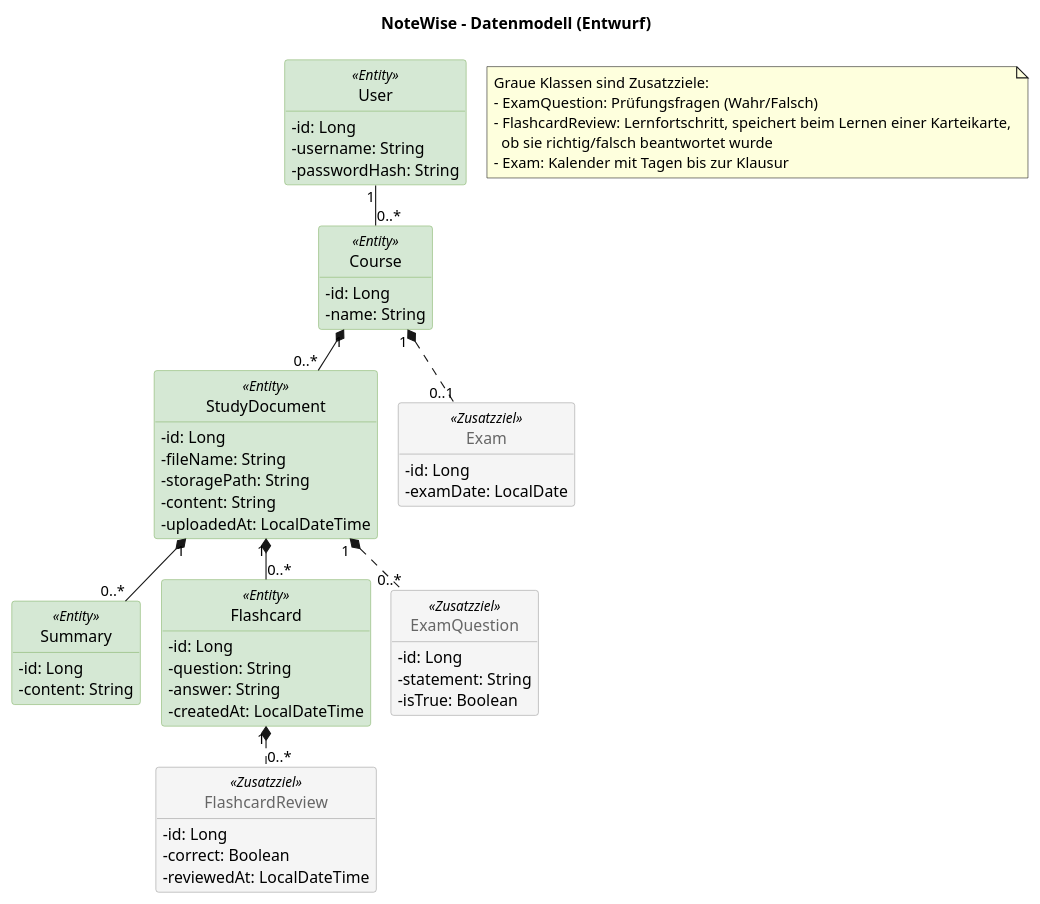
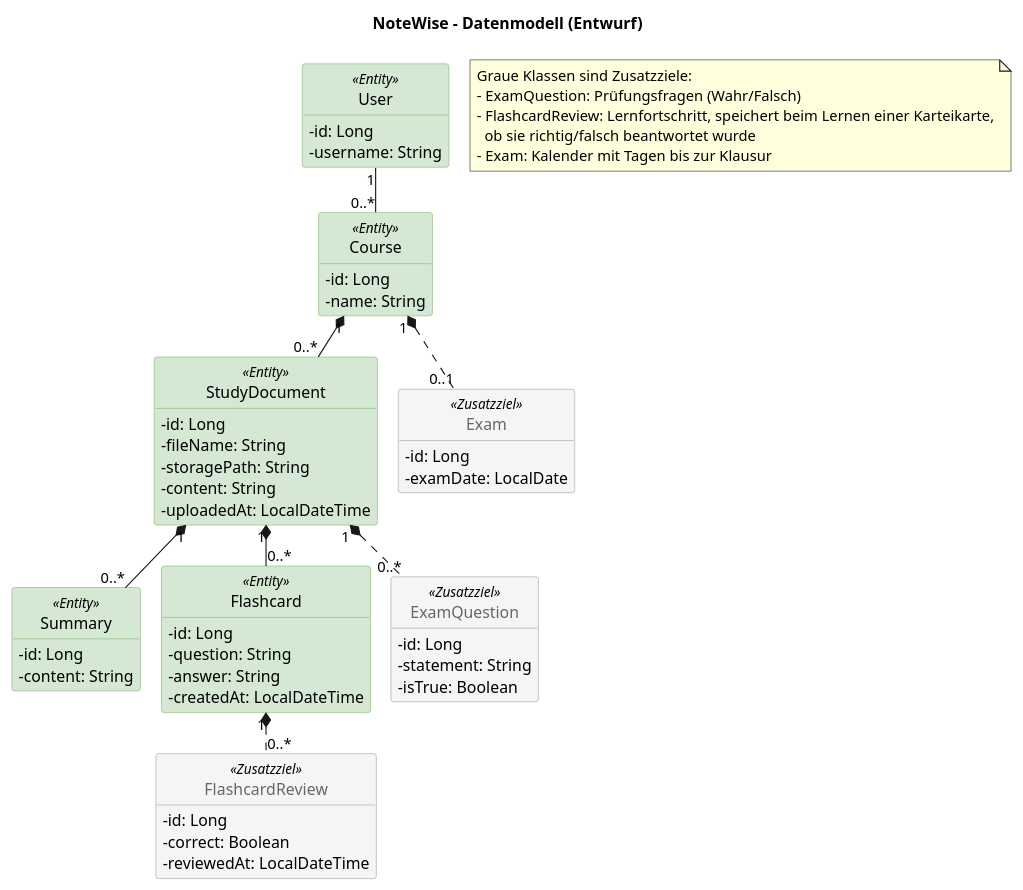
One commit to TangSandyy/NoteWise changed the diagram in docs/datenmodell.puml. Above: the diagram before and after it, drawn with PlantUML. The commit also changed 1 other file, not shown here.

```diff
--- a/docs/datenmodell.puml
+++ b/docs/datenmodell.puml
@@ -1,80 +1,79 @@
 @startuml datenmodell
 !pragma layout smetana
 title NoteWise – Datenmodell (Entwurf)
 
 skinparam classAttributeIconSize 0
 skinparam class {
   BackgroundColor #D5E8D4
   BorderColor #82B366
   BackgroundColor<<Zusatzziel>> #F5F5F5
   BorderColor<<Zusatzziel>> #999999
   FontColor<<Zusatzziel>> #666666
 }
 hide circle
 hide methods
 
 class User <<Entity>> {
   - id: Long
   - username: String
-  - passwordHash: String
 }
 
 class Course <<Entity>> {
   - id: Long
   - name: String
 }
 
 class StudyDocument <<Entity>> {
   - id: Long
   - fileName: String
   - storagePath: String
   - content: String
   - uploadedAt: LocalDateTime
 }
 
 class Summary <<Entity>> {
   - id: Long
   - content: String
 }
 
 class Flashcard <<Entity>> {
   - id: Long
   - question: String
   - answer: String
   - createdAt: LocalDateTime
 }
 
 class ExamQuestion <<Zusatzziel>> {
   - id: Long
   - statement: String
   - isTrue: Boolean
 }
 
 class Exam <<Zusatzziel>> {
   - id: Long
   - examDate: LocalDate
 }
 
 class FlashcardReview <<Zusatzziel>> {
   - id: Long
   - correct: Boolean
   - reviewedAt: LocalDateTime
 }
 
 User "1" -- "0..*" Course
 Course "1" *-- "0..*" StudyDocument
 StudyDocument "1" *-- "0..*" Summary
 StudyDocument "1" *-- "0..*" Flashcard
 StudyDocument "1" *.. "0..*" ExamQuestion
 Course "1" *.. "0..1" Exam
 Flashcard "1" *.. "0..*" FlashcardReview
 
 note as Erweiterungen
   Graue Klassen sind Zusatzziele:
   - ExamQuestion: Prüfungsfragen (Wahr/Falsch)
   - FlashcardReview: Lernfortschritt, speichert beim Lernen einer Karteikarte,
     ob sie richtig/falsch beantwortet wurde
   - Exam: Kalender mit Tagen bis zur Klausur
 end note
 
 @enduml
```
